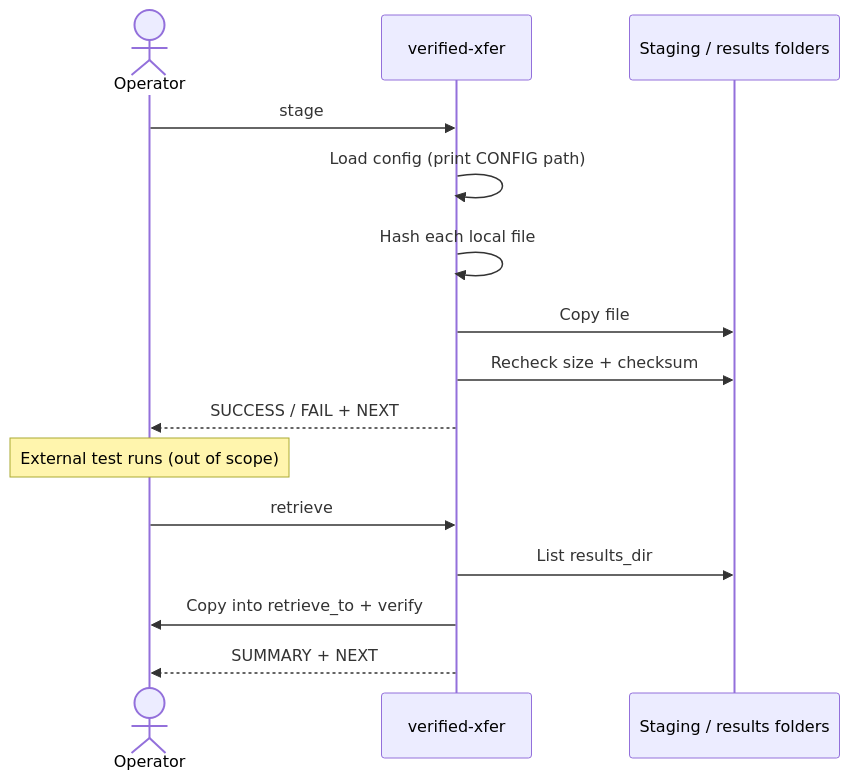
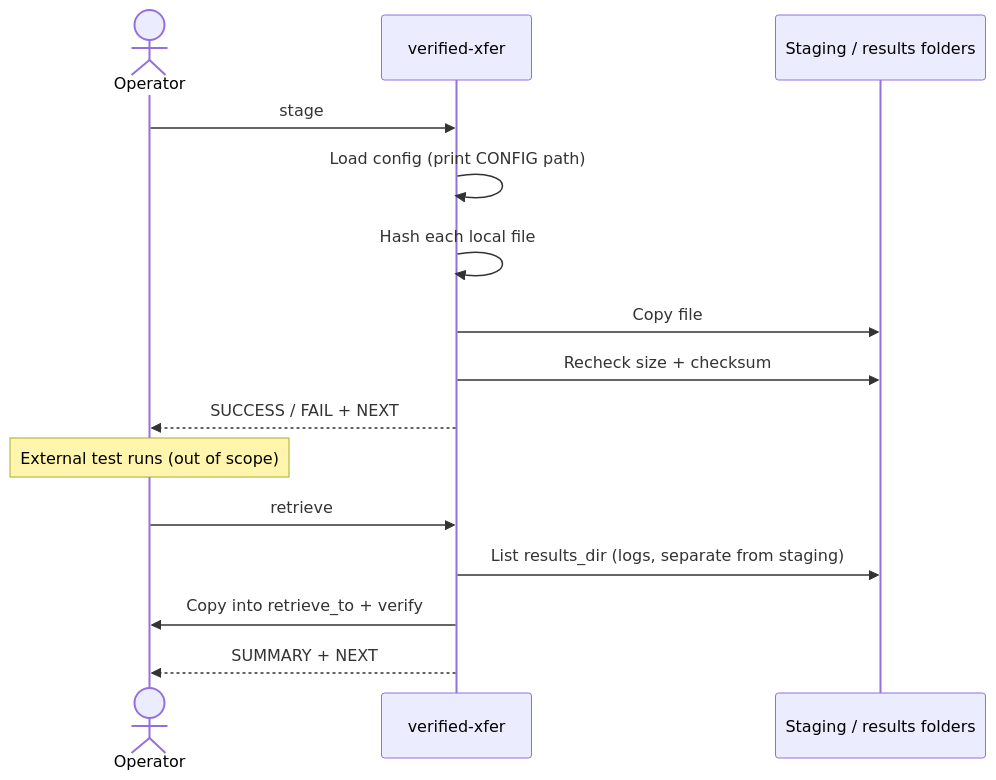
The second of 2 diagrams in README.md (mowgli42/verified-xfer), drawn with Mermaid before and after one commit. The commit also changed other lines of this file and 15 other files, not shown here.

````diff
--- a/README.md
+++ b/README.md
@@ -50,17 +59,17 @@
 ```mermaid
 sequenceDiagram
   actor Op as Operator
   participant CLI as verified-xfer
   participant Share as Staging / results folders
   Op->>CLI: stage
   CLI->>CLI: Load config (print CONFIG path)
   CLI->>CLI: Hash each local file
   CLI->>Share: Copy file
   CLI->>Share: Recheck size + checksum
   CLI-->>Op: SUCCESS / FAIL + NEXT
   Note over Op: External test runs (out of scope)
   Op->>CLI: retrieve
-  CLI->>Share: List results_dir
+  CLI->>Share: List results_dir (logs, separate from staging)
   CLI->>Op: Copy into retrieve_to + verify
   CLI-->>Op: SUMMARY + NEXT
 ```
````
